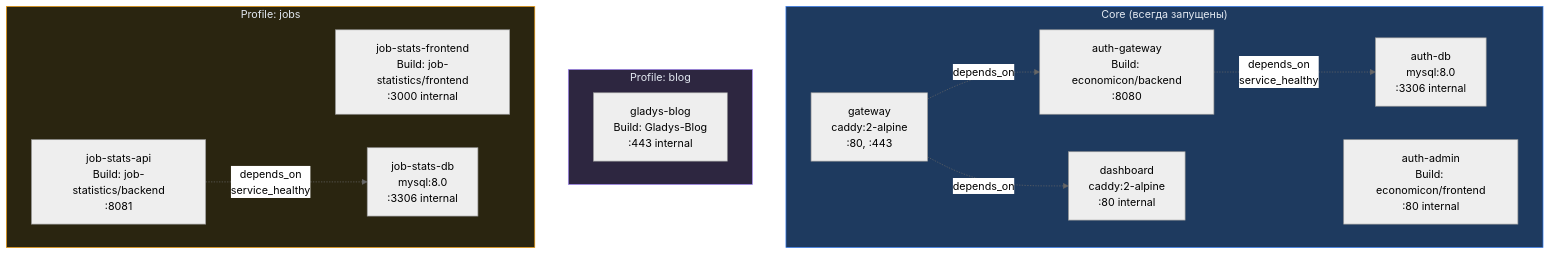
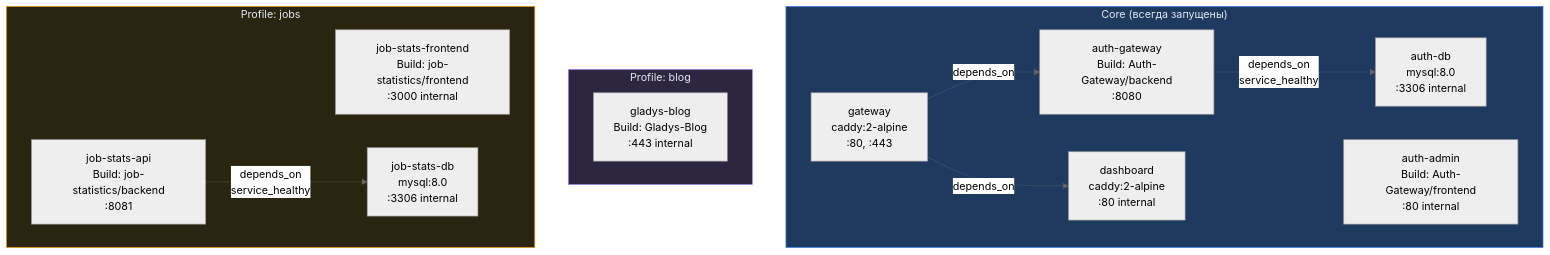
One commit to Finc8888/Dashboard changed the ninth of 13 diagrams in ARCHITECTURE.md. Above: the diagram before and after it, drawn with Mermaid (neutral theme). The commit also changed other lines of this file and 8 other files, not shown here.

````diff
--- a/ARCHITECTURE.md
+++ b/ARCHITECTURE.md
@@ -380,29 +397,29 @@
 ```mermaid
 flowchart TB
     subgraph Core["Core (всегда запущены)"]
         GW["gateway<br/>caddy:2-alpine<br/>:80, :443"]
         DASH["dashboard<br/>caddy:2-alpine<br/>:80 internal"]
-        AUTH["auth-gateway<br/>Build: economicon/backend<br/>:8080"]
-        AUTH_UI["auth-admin<br/>Build: economicon/frontend<br/>:80 internal"]
+        AUTH["auth-gateway<br/>Build: Auth-Gateway/backend<br/>:8080"]
+        AUTH_UI["auth-admin<br/>Build: Auth-Gateway/frontend<br/>:80 internal"]
         AUTH_DB["auth-db<br/>mysql:8.0<br/>:3306 internal"]
     end
 
     subgraph Blog["Profile: blog"]
         BLOG_SVC["gladys-blog<br/>Build: Gladys-Blog<br/>:443 internal"]
     end
 
     subgraph Jobs["Profile: jobs"]
         JOBS_FE["job-stats-frontend<br/>Build: job-statistics/frontend<br/>:3000 internal"]
         JOBS_API["job-stats-api<br/>Build: job-statistics/backend<br/>:8081"]
         JOBS_DB["job-stats-db<br/>mysql:8.0<br/>:3306 internal"]
     end
 
     GW -.->|depends_on| AUTH
     GW -.->|depends_on| DASH
     AUTH -.->|depends_on<br/>service_healthy| AUTH_DB
     JOBS_API -.->|depends_on<br/>service_healthy| JOBS_DB
 
     style Core fill:#1e3a5f,stroke:#3b82f6,color:#e2e8f0
     style Blog fill:#2d2640,stroke:#a78bfa,color:#e2e8f0
     style Jobs fill:#2a2510,stroke:#f59e0b,color:#e2e8f0
 ```
````
